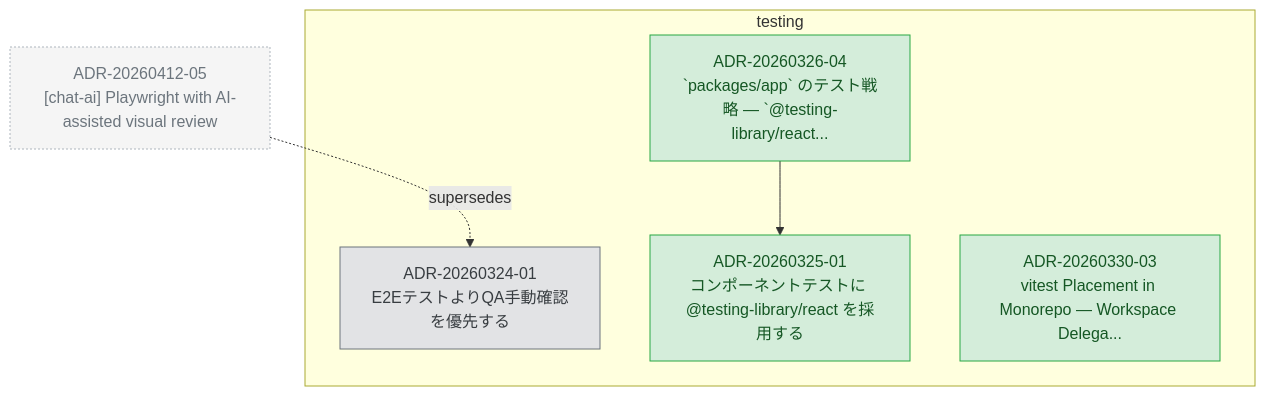
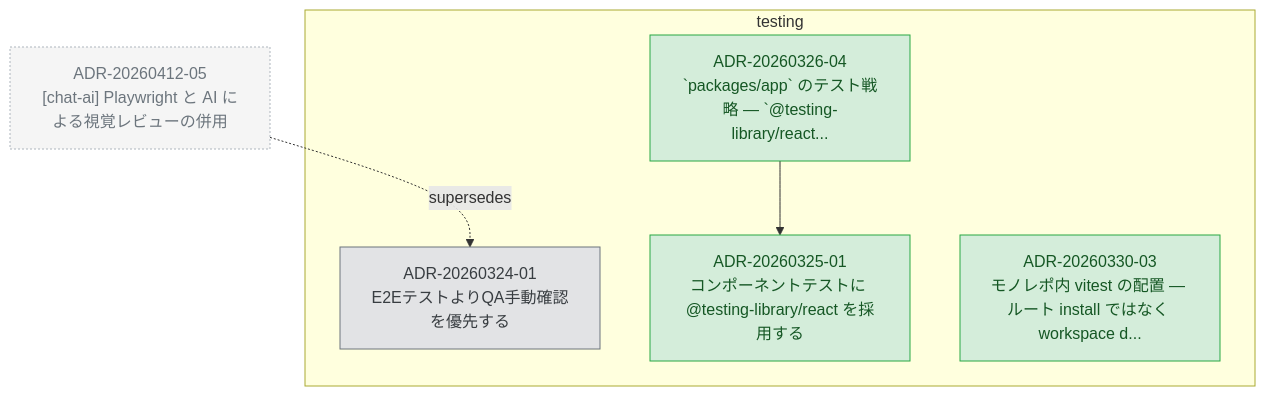
One commit to kompiro/karasu changed the diagram in docs/adr/graph/testing.md. Above: the diagram before and after it, drawn with Mermaid. The commit also changed 35 other files, not shown here.

````diff
--- a/docs/adr/graph/testing.md
+++ b/docs/adr/graph/testing.md
@@ -6,24 +6,24 @@
 ```mermaid
 flowchart TD
   subgraph testing["testing"]
     ADR_20260324_01["ADR-20260324-01<br/>E2EテストよりQA手動確認を優先する"]
     ADR_20260325_01["ADR-20260325-01<br/>コンポーネントテストに @testing-library/react を採用する"]
     ADR_20260326_04["ADR-20260326-04<br/>`packages/app` のテスト戦略 — `@testing-library/react..."]
-    ADR_20260330_03["ADR-20260330-03<br/>vitest Placement in Monorepo — Workspace Delega..."]
+    ADR_20260330_03["ADR-20260330-03<br/>モノレポ内 vitest の配置 — ルート install ではなく workspace d..."]
   end
-  ADR_20260412_05["ADR-20260412-05<br/>[chat-ai] Playwright with AI-assisted visual review"]
+  ADR_20260412_05["ADR-20260412-05<br/>[chat-ai] Playwright と AI による視覚レビューの併用"]
   ADR_20260326_04 --> ADR_20260325_01
   ADR_20260412_05 -.supersedes.-> ADR_20260324_01
 
   classDef accepted fill:#d4edda,stroke:#28a745,color:#155724
   classDef proposed fill:#fff3cd,stroke:#ffc107,color:#856404
   classDef deprecated fill:#f8d7da,stroke:#dc3545,color:#721c24
   classDef superseded fill:#e2e3e5,stroke:#6c757d,color:#383d41
   classDef not_adopted fill:#e2e3e5,stroke:#6c757d,color:#383d41,stroke-dasharray:3 3
   classDef ghost fill:#f5f5f5,stroke:#adb5bd,color:#6c757d,stroke-dasharray:2 2
   class ADR_20260324_01 superseded
   class ADR_20260325_01 accepted
   class ADR_20260326_04 accepted
   class ADR_20260330_03 accepted
   class ADR_20260412_05 ghost
 ```
````
